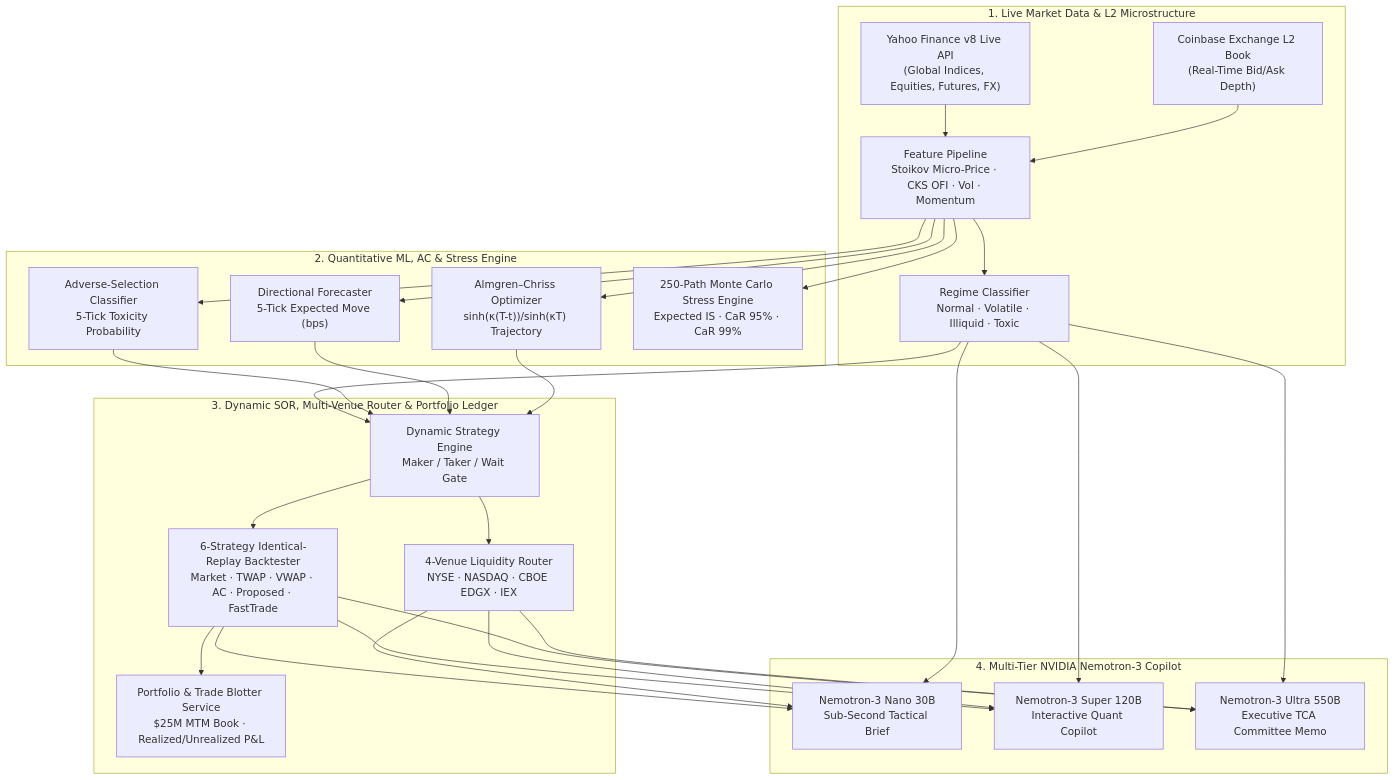
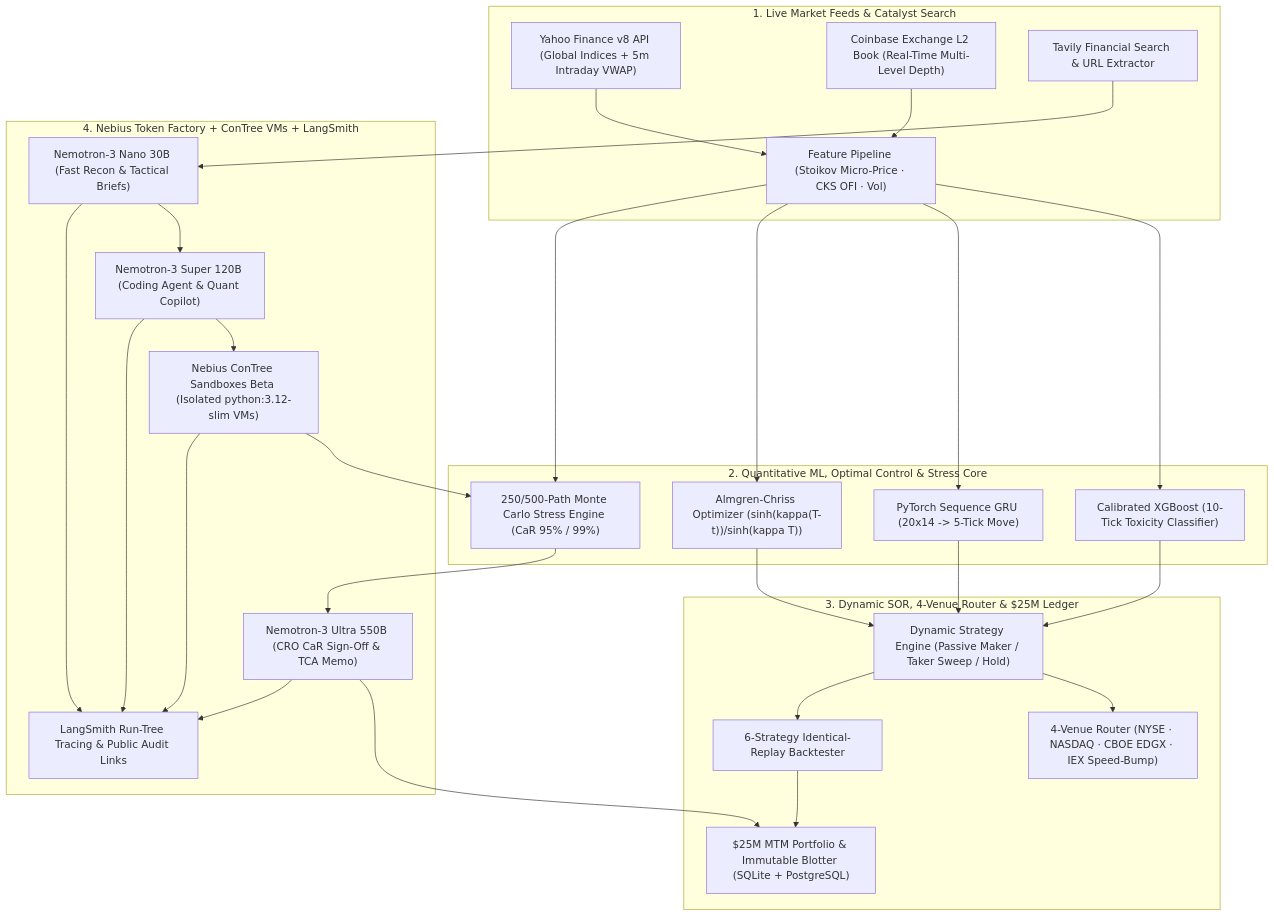
The second of 4 diagrams in README.md (ensuredesign/FastTrade), drawn with Mermaid before and after one commit. The commit also changed other lines of this file and 21 other files, not shown here.

Commit message:
Add FastTrade visual showcase, 2-min demo video, Mermaid architecture flowcharts & institutional technical documentation suite

````diff
--- a/README.md
+++ b/README.md
@@ -30,38 +178,39 @@
 ```mermaid
 flowchart TB
-    subgraph LiveFeeds["1. Live Market Data & L2 Microstructure"]
-        YF["Yahoo Finance v8 Live API\n(Global Indices, Equities, Futures, FX)"]
-        CB["Coinbase Exchange L2 Book\n(Real-Time Bid/Ask Depth)"]
-        FP["Feature Pipeline\nStoikov Micro-Price · CKS OFI · Vol · Momentum"]
-        RD["Regime Classifier\nNormal · Volatile · Illiquid · Toxic"]
-        YF --> FP
-        CB --> FP
-        FP --> RD
+    subgraph Feeds["1. Live Market Feeds & Catalyst Search"]
+        YF["Yahoo Finance v8 API (Global Indices + 5m Intraday VWAP)"]
+        CB["Coinbase Exchange L2 Book (Real-Time Multi-Level Depth)"]
+        TAV["Tavily Financial Search & URL Extractor"]
+        FP["Feature Pipeline (Stoikov Micro-Price · CKS OFI · Vol)"]
+        YF & CB --> FP
     end
 
-    subgraph QuantModels["2. Quantitative ML, AC & Stress Engine"]
-        ASP["Adverse-Selection Classifier\n5-Tick Toxicity Probability"]
-        GRU["Directional Forecaster\n5-Tick Expected Move (bps)"]
-        ACM["Almgren–Chriss Optimizer\nsinh(κ(T-t))/sinh(κT) Trajectory"]
-        MC["250-Path Monte Carlo Stress Engine\nExpected IS · CaR 95% · CaR 99%"]
+    subgraph Quant["2. Quantitative ML, Optimal Control & Stress Core"]
+        XGB["Calibrated XGBoost (10-Tick Toxicity Classifier)"]
+        GRU["PyTorch Sequence GRU (20x14 -> 5-Tick Move)"]
+        AC["Almgren-Chriss Optimizer (sinh(kappa(T-t))/sinh(kappa T))"]
+        MC["250/500-Path Monte Carlo Stress Engine (CaR 95% / 99%)"]
     end
 
-    subgraph SOR["3. Dynamic SOR, Multi-Venue Router & Portfolio Ledger"]
-        DSE["Dynamic Strategy Engine\nMaker / Taker / Wait Gate"]
-        VR["4-Venue Liquidity Router\nNYSE · NASDAQ · CBOE EDGX · IEX"]
-        BT["6-Strategy Identical-Replay Backtester\nMarket · TWAP · VWAP · AC · Proposed · FastTrade"]
-        PF["Portfolio & Trade Blotter Service\n$25M MTM Book · Realized/Unrealized P&L"]
+    subgraph Routing["3. Dynamic SOR, 4-Venue Router & $25M Ledger"]
+        DSE["Dynamic Strategy Engine (Passive Maker / Taker Sweep / Hold)"]
+        VR["4-Venue Router (NYSE · NASDAQ · CBOE EDGX · IEX Speed-Bump)"]
+        BT["6-Strategy Identical-Replay Backtester"]
+        PF["$25M MTM Portfolio & Immutable Blotter (SQLite + PostgreSQL)"]
     end
 
-    subgraph AI["4. Multi-Tier NVIDIA Nemotron-3 Copilot"]
-        N30["Nemotron-3 Nano 30B\nSub-Second Tactical Brief"]
-        N120["Nemotron-3 Super 120B\nInteractive Quant Copilot"]
-        N550["Nemotron-3 Ultra 550B\nExecutive TCA Committee Memo"]
+    subgraph Agents["4. Nebius Token Factory + ConTree VMs + LangSmith"]
+        N30["Nemotron-3 Nano 30B (Fast Recon & Tactical Briefs)"]
+        N120["Nemotron-3 Super 120B (Coding Agent & Quant Copilot)"]
+        N550["Nemotron-3 Ultra 550B (CRO CaR Sign-Off & TCA Memo)"]
+        VM["Nebius ConTree Sandboxes Beta (Isolated python:3.12-slim VMs)"]
+        LS["LangSmith Run-Tree Tracing & Public Audit Links"]
     end
 
-    FP --> ASP & GRU & ACM & MC
-    RD & ASP & GRU & ACM --> DSE
-    DSE --> VR & BT
+    FP --> XGB & GRU & AC & MC
+    XGB & GRU & AC --> DSE --> VR & BT
     BT --> PF
-    BT & VR & RD --> N30 & N120 & N550
+    TAV --> N30
+    N30 --> N120 --> VM --> MC --> N550 --> PF
+    N30 & N120 & VM & N550 --> LS
 ```
````
